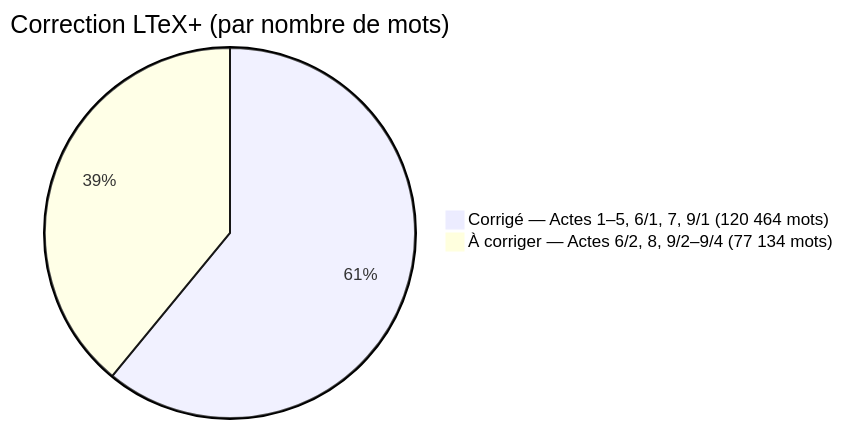
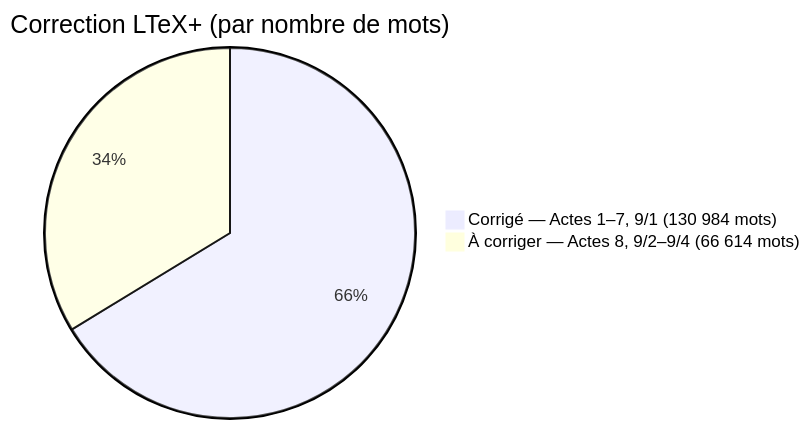
The diagram in actes/word_count.md (eric-mugnier/tete-de-veau-ravigote), drawn with Mermaid before and after one commit. The commit also changed other lines of this file, not shown here.

Commit message:
word_count.md : acte_06_2 corrigé + màj mermaid

````diff
--- a/actes/word_count.md
+++ b/actes/word_count.md
@@ -26,5 +26,5 @@
 ```mermaid
 pie title Correction LTeX+ (par nombre de mots)
-    "Corrigé — Actes 1–5, 6/1, 7, 9/1 (120 464 mots)" : 120464
-    "À corriger — Actes 6/2, 8, 9/2–9/4 (77 134 mots)" : 77134
+    "Corrigé — Actes 1–7, 9/1 (130 984 mots)" : 130984
+    "À corriger — Actes 8, 9/2–9/4 (66 614 mots)" : 66614
 ```
````
